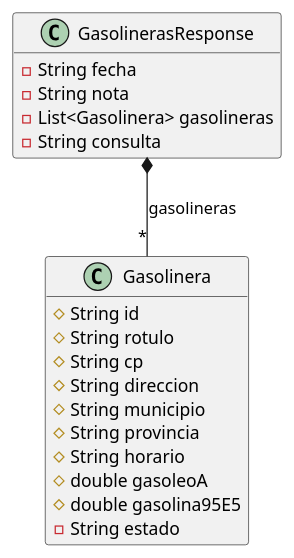
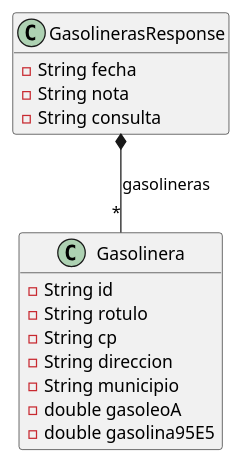
Before and after one commit to isunican/App-Gasolineras-Grupo5: the diagram in Docs/Models/domain.puml, drawn with PlantUML. The commit also changed 29 other files, not shown here.

```diff
--- a/Docs/Models/domain.puml
+++ b/Docs/Models/domain.puml
@@ -1,30 +1,23 @@
 @startuml
 
 hide empty members
 
 class Gasolinera {
-    #  String id
-    #  String rotulo
-    #  String cp
-    #  String direccion
-    #  String municipio
-    #  String provincia
-    #  String horario
-    #  double gasoleoA
-    #  double gasolina95E5
-    -  String estado
-
-
+    - String id
+    - String rotulo
+    - String cp
+    - String direccion
+    - String municipio
+    - double gasoleoA
+    - double gasolina95E5
 }
 
 class GasolinerasResponse {
-    -  String fecha
-    -  String nota
-    -  List<Gasolinera> gasolineras
-    -  String consulta
-
+    - String fecha
+    - String nota
+    - String consulta
 }
 
 GasolinerasResponse *-- "*" Gasolinera : gasolineras
 
 @enduml
```
